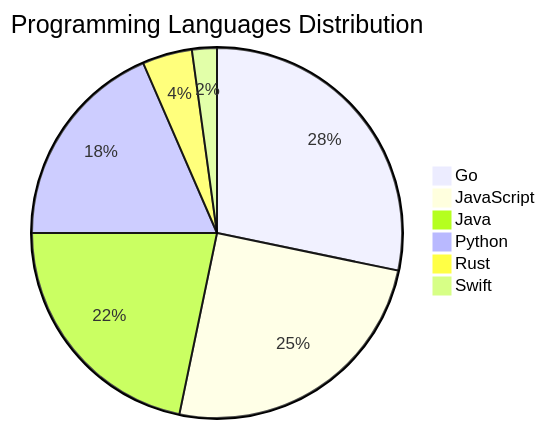
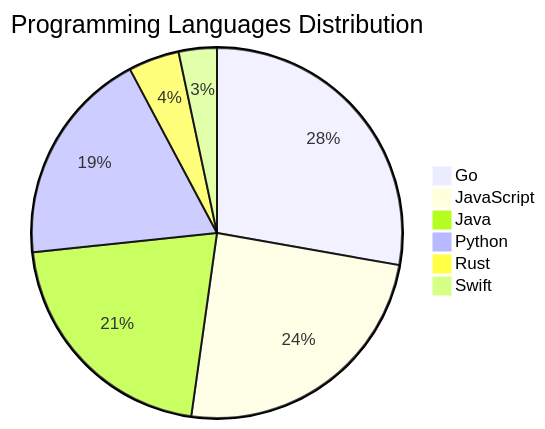
One commit to Derrick-MUGISHA/github-activity-bot changed the diagram in README.md. Above: the diagram before and after it, drawn with Mermaid. The commit also changed other lines of this file and 3 other files, not shown here.

````diff
--- a/README.md
+++ b/README.md
@@ -72,9 +72,9 @@
 ```mermaid
 pie title Programming Languages Distribution
-    "Go" : 26
-    "JavaScript" : 23
-    "Java" : 20
+    "Go" : 25
+    "JavaScript" : 22
+    "Java" : 19
     "Python" : 17
     "Rust" : 4
-    "Swift" : 2
+    "Swift" : 3
 ```
````
